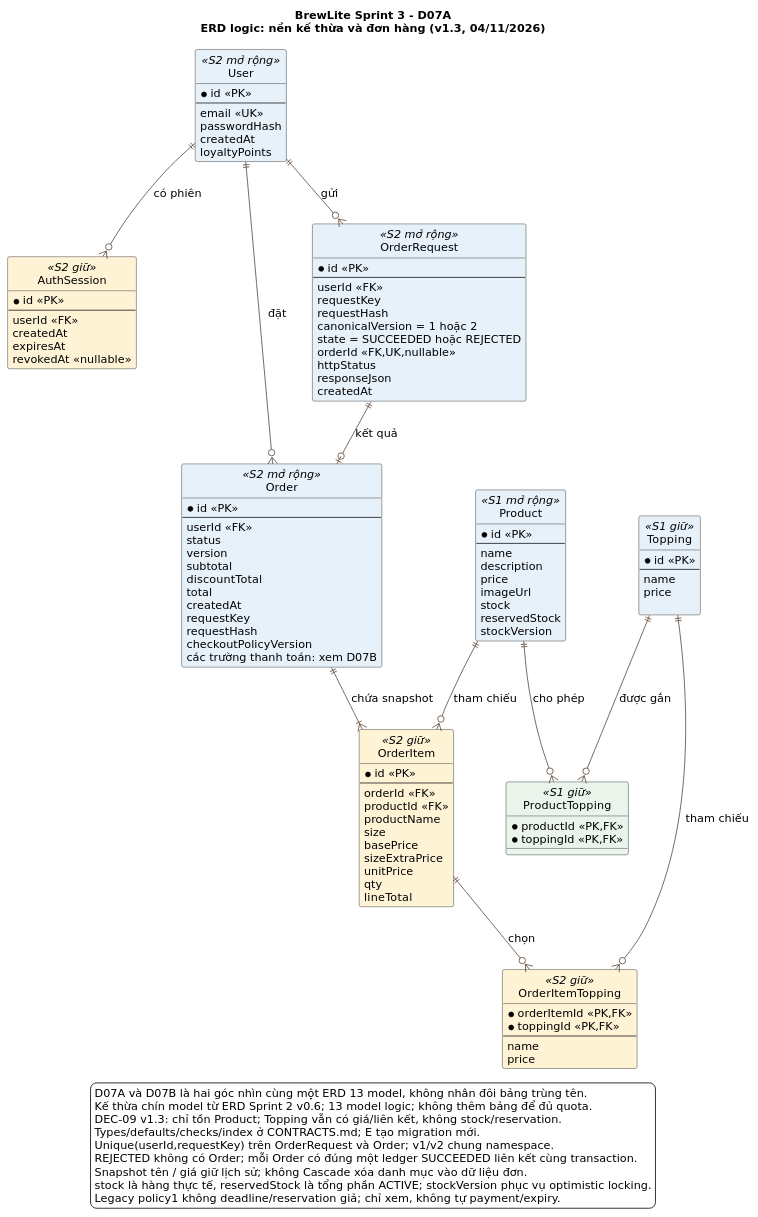
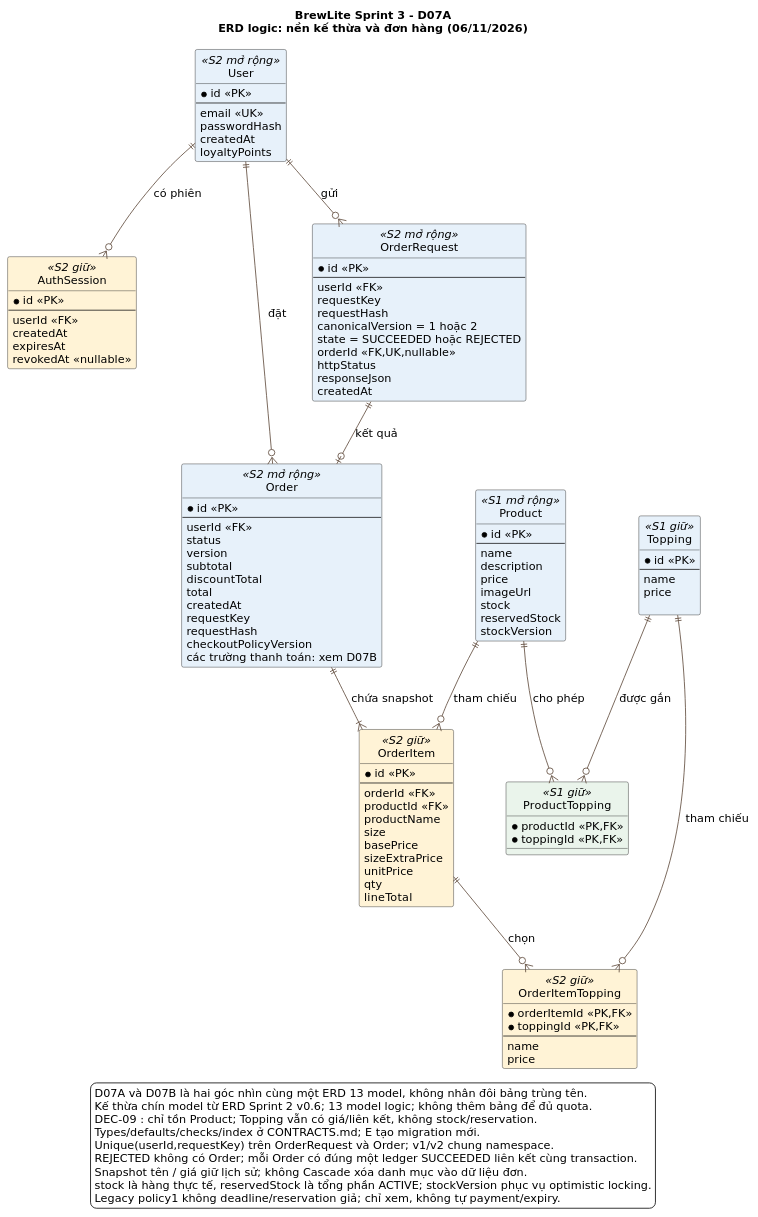
Before and after one commit to giabaot400-boop/BrewLite: the first of 2 diagrams in docs/diagrams/sprint3/erd-sprint3.puml, drawn with PlantUML. The commit also changed other lines of this file and 49 other files, not shown here.

```diff
--- a/docs/diagrams/sprint3/erd-sprint3.puml
+++ b/docs/diagrams/sprint3/erd-sprint3.puml
@@ -1,120 +1,120 @@
 @startuml erd-sprint3-core
-title BrewLite Sprint 3 - D07A\nERD logic: nền kế thừa và đơn hàng (v1.3, 04/11/2026)
+title BrewLite Sprint 3 - D07A\nERD logic: nền kế thừa và đơn hàng (06/11/2026)
 top to bottom direction
 skinparam defaultFontName DejaVu Sans
 skinparam defaultFontSize 14
 skinparam shadowing false
 skinparam backgroundColor #FFFFFF
 skinparam ArrowColor #5B4636
 skinparam entityBorderColor #80644F
 skinparam nodesep 65
 skinparam ranksep 60
 hide circle
 entity User <<S2 mở rộng>> #E7F1FA {
   * id <<PK>>
   --
   email <<UK>>
   passwordHash
   createdAt
   loyaltyPoints
 }
 entity AuthSession <<S2 giữ>> #FFF3D6 {
   * id <<PK>>
   --
   userId <<FK>>
   createdAt
   expiresAt
   revokedAt <<nullable>>
 }
 entity OrderRequest <<S2 mở rộng>> #E7F1FA {
   * id <<PK>>
   --
   userId <<FK>>
   requestKey
   requestHash
   canonicalVersion = 1 hoặc 2
   state = SUCCEEDED hoặc REJECTED
   orderId <<FK,UK,nullable>>
   httpStatus
   responseJson
   createdAt
 }
 entity Order <<S2 mở rộng>> #E7F1FA {
   * id <<PK>>
   --
   userId <<FK>>
   status
   version
   subtotal
   discountTotal
   total
   createdAt
   requestKey
   requestHash
   checkoutPolicyVersion
   các trường thanh toán: xem D07B
 }
 entity OrderItem <<S2 giữ>> #FFF3D6 {
   * id <<PK>>
   --
   orderId <<FK>>
   productId <<FK>>
   productName
   size
   basePrice
   sizeExtraPrice
   unitPrice
   qty
   lineTotal
 }
 entity OrderItemTopping <<S2 giữ>> #FFF3D6 {
   * orderItemId <<PK,FK>>
   * toppingId <<PK,FK>>
   --
   name
   price
 }
 entity Product <<S1 mở rộng>> #E7F1FA {
   * id <<PK>>
   --
   name
   description
   price
   imageUrl
   stock
   reservedStock
   stockVersion
 }
 entity Topping <<S1 giữ>> #E7F1FA {
   * id <<PK>>
   --
   name
   price
 
 }
 entity ProductTopping <<S1 giữ>> #EAF4EB {
   * productId <<PK,FK>>
   * toppingId <<PK,FK>>
 }
 User ||--o{ AuthSession : có phiên
 User ||--o{ OrderRequest : gửi
 User ||--o{ Order : đặt
 OrderRequest ||--o| Order : kết quả
 Order ||--|{ OrderItem : chứa snapshot
 Product ||--o{ OrderItem : tham chiếu
 OrderItem ||--o{ OrderItemTopping : chọn
 Topping ||--o{ OrderItemTopping : tham chiếu
 Product ||--o{ ProductTopping : cho phép
 Topping ||--o{ ProductTopping : được gắn
 legend bottom
   D07A và D07B là hai góc nhìn cùng một ERD 13 model, không nhân đôi bảng trùng tên.
   Kế thừa chín model từ ERD Sprint 2 v0.6; 13 model logic; không thêm bảng để đủ quota.
-  DEC-09 v1.3: chỉ tồn Product; Topping vẫn có giá/liên kết, không stock/reservation.
+  DEC-09 : chỉ tồn Product; Topping vẫn có giá/liên kết, không stock/reservation.
   Types/defaults/checks/index ở CONTRACTS.md; E tạo migration mới.
   Unique(userId,requestKey) trên OrderRequest và Order; v1/v2 chung namespace.
   REJECTED không có Order; mỗi Order có đúng một ledger SUCCEEDED liên kết cùng transaction.
   Snapshot tên / giá giữ lịch sử; không Cascade xóa danh mục vào dữ liệu đơn.
   stock là hàng thực tế, reservedStock là tổng phần ACTIVE; stockVersion phục vụ optimistic locking.
   Legacy policy1 không deadline/reservation giả; chỉ xem, không tự payment/expiry.
 endlegend
 @enduml
```
